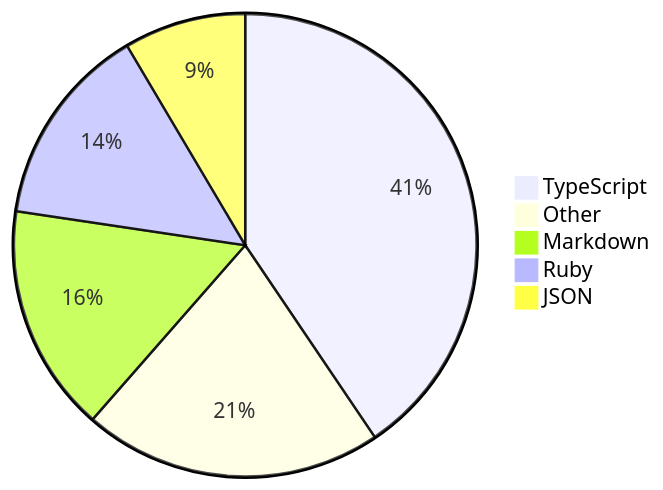
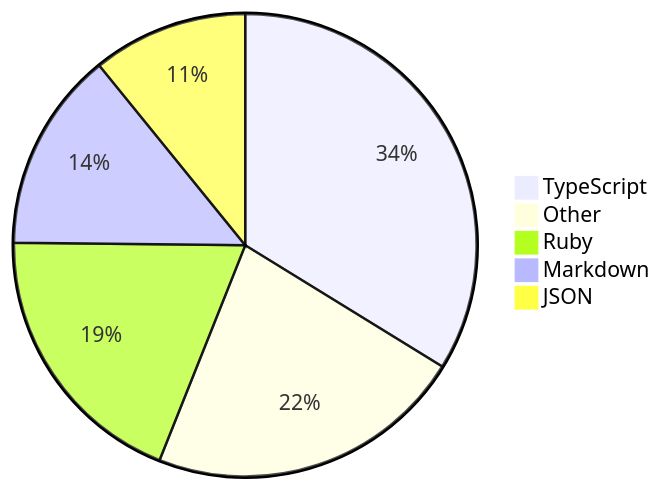
One commit to skvggor/skvggor changed the diagram in README.md. Above: the diagram before and after it, drawn with Mermaid.

Commit message:
Updated waka-readme graph with new metrics

````diff
--- a/README.md
+++ b/README.md
@@ -35,8 +35,8 @@
 ```mermaid
 pie
-    "TypeScript" : 32.4
-    "Other" : 16.7
-    "Markdown" : 12.7
-    "Ruby" : 11.3
-    "JSON" : 6.8
+    "TypeScript" : 24.9
+    "Other" : 16.4
+    "Ruby" : 14.1
+    "Markdown" : 10.3
+    "JSON" : 8.0
 ```
````
